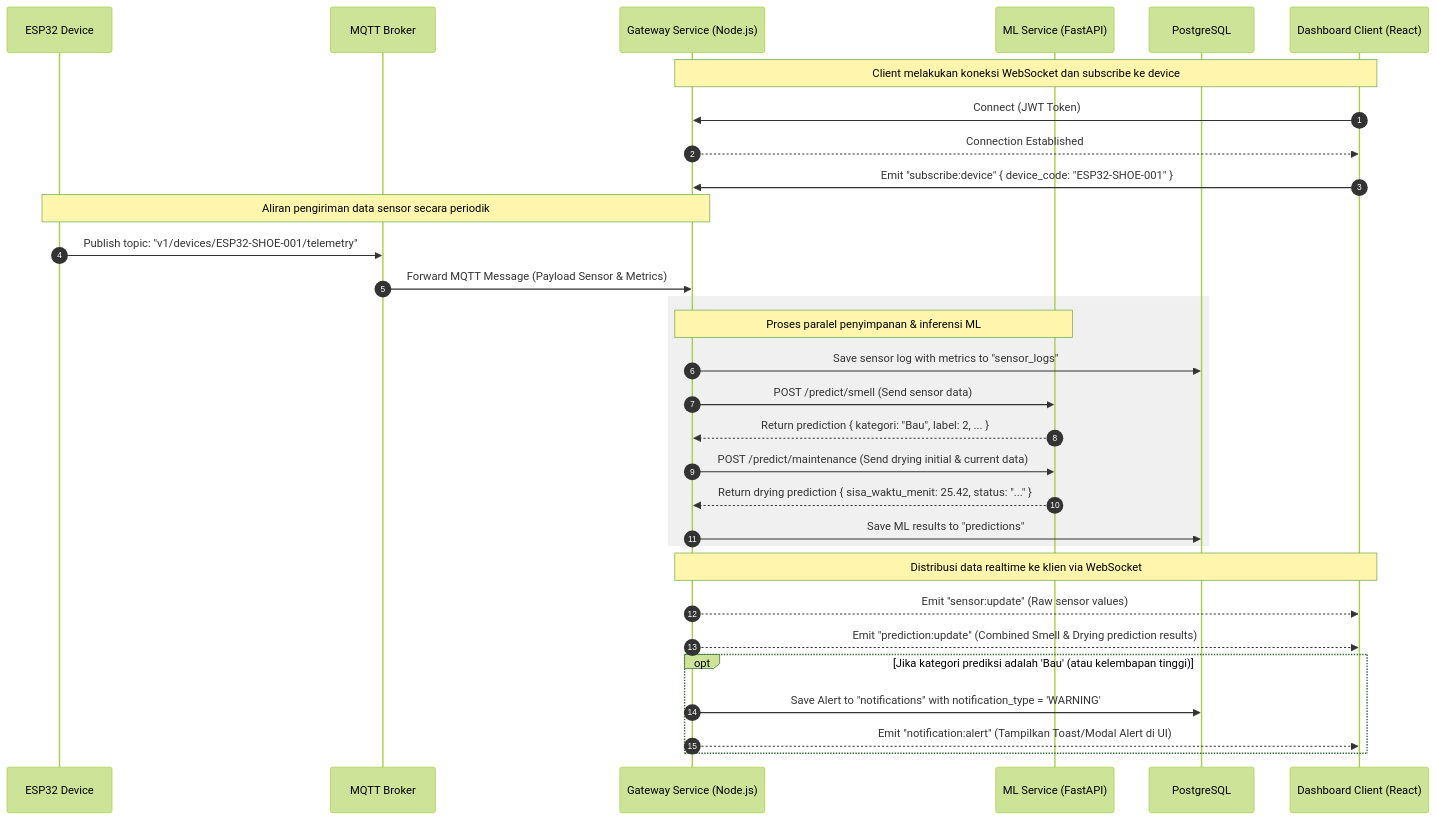
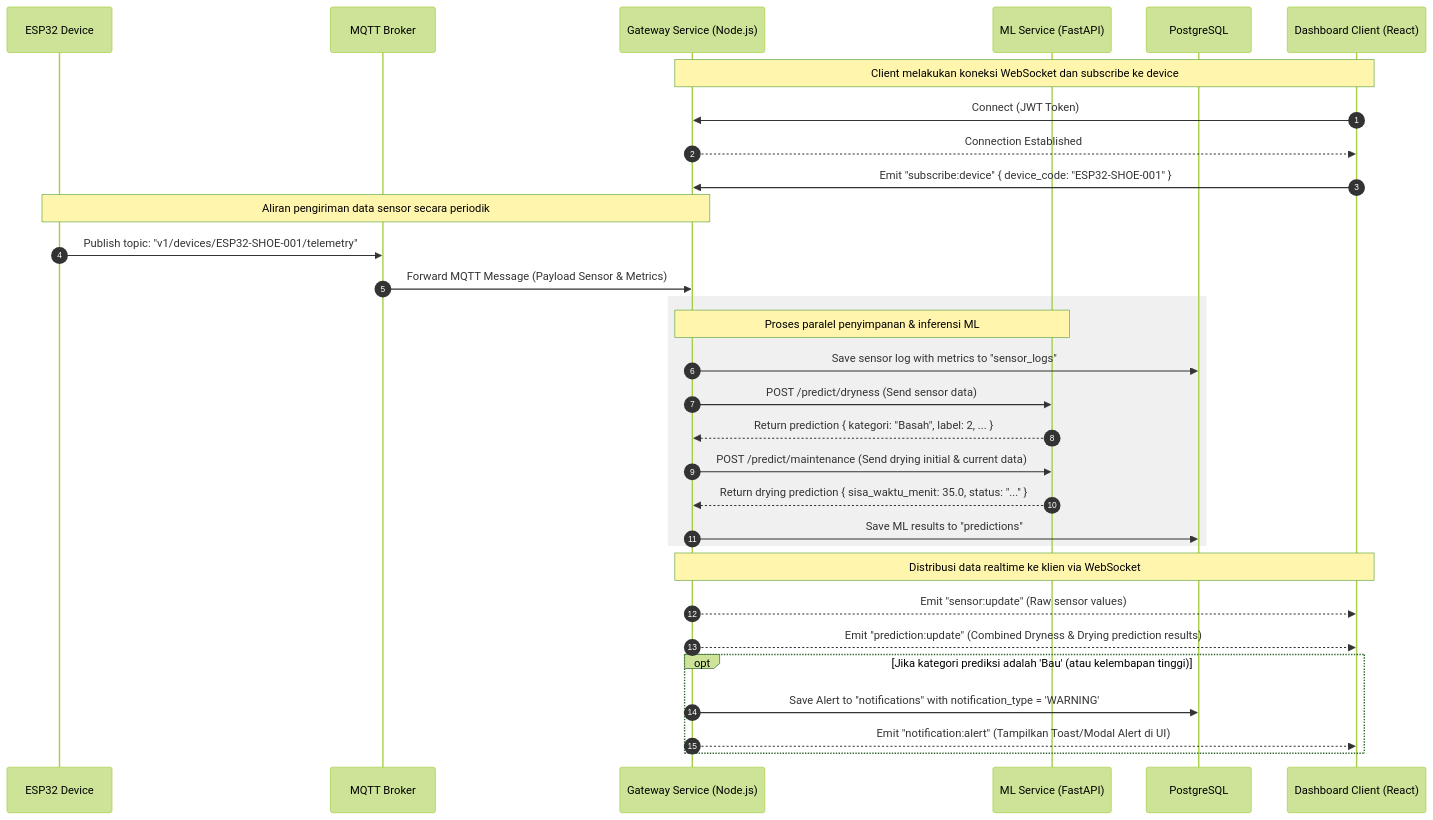
The diagram in docs/websocket-flow.md (madgeer/smart-shoes-maintenance), drawn with Mermaid (forest theme) before and after one commit. The commit also changed 9 other files, not shown here.

Commit message:
Refactor ML model predictions; update from K-Means and Linear Regression to Decision Tree Classifier and Heuristic Estimator for shoe dryness and drying time estimation

````diff
--- a/docs/websocket-flow.md
+++ b/docs/websocket-flow.md
@@ -116,38 +116,38 @@
 ```mermaid
 sequenceDiagram
     autonumber
     participant ESP32 as ESP32 Device
     participant Broker as MQTT Broker
     participant Gateway as Gateway Service (Node.js)
     participant ML as ML Service (FastAPI)
     participant DB as PostgreSQL
     participant Client as Dashboard Client (React)
 
     Note over Client, Gateway: Client melakukan koneksi WebSocket dan subscribe ke device
     Client->>Gateway: Connect (JWT Token)
     Gateway-->>Client: Connection Established
     Client->>Gateway: Emit "subscribe:device" { device_code: "ESP32-SHOE-001" }
 
     Note over ESP32, Gateway: Aliran pengiriman data sensor secara periodik
     ESP32->>Broker: Publish topic: "v1/devices/ESP32-SHOE-001/telemetry"
     Broker->>Gateway: Forward MQTT Message (Payload Sensor & Metrics)
     
     rect rgb(240, 240, 240)
-        Note over Gateway, ML: Proses paralel penyimpanan & inferensi ML
-        Gateway->>DB: Save sensor log with metrics to "sensor_logs"
-        Gateway->>ML: POST /predict/smell (Send sensor data)
-        ML-->>Gateway: Return prediction { kategori: "Bau", label: 2, ... }
-        Gateway->>ML: POST /predict/maintenance (Send drying initial & current data)
-        ML-->>Gateway: Return drying prediction { sisa_waktu_menit: 25.42, status: "..." }
-        Gateway->>DB: Save ML results to "predictions"
-    end
+         Note over Gateway, ML: Proses paralel penyimpanan & inferensi ML
+         Gateway->>DB: Save sensor log with metrics to "sensor_logs"
+         Gateway->>ML: POST /predict/dryness (Send sensor data)
+         ML-->>Gateway: Return prediction { kategori: "Basah", label: 2, ... }
+         Gateway->>ML: POST /predict/maintenance (Send drying initial & current data)
+         ML-->>Gateway: Return drying prediction { sisa_waktu_menit: 35.0, status: "..." }
+         Gateway->>DB: Save ML results to "predictions"
+     end
 
-    Note over Gateway, Client: Distribusi data realtime ke klien via WebSocket
-    Gateway-->>Client: Emit "sensor:update" (Raw sensor values)
-    Gateway-->>Client: Emit "prediction:update" (Combined Smell & Drying prediction results)
+     Note over Gateway, Client: Distribusi data realtime ke klien via WebSocket
+     Gateway-->>Client: Emit "sensor:update" (Raw sensor values)
+     Gateway-->>Client: Emit "prediction:update" (Combined Dryness & Drying prediction results)
 
     opt Jika kategori prediksi adalah 'Bau' (atau kelembapan tinggi)
         Gateway->>DB: Save Alert to "notifications" with notification_type = 'WARNING'
         Gateway-->>Client: Emit "notification:alert" (Tampilkan Toast/Modal Alert di UI)
     end
 ```
````
